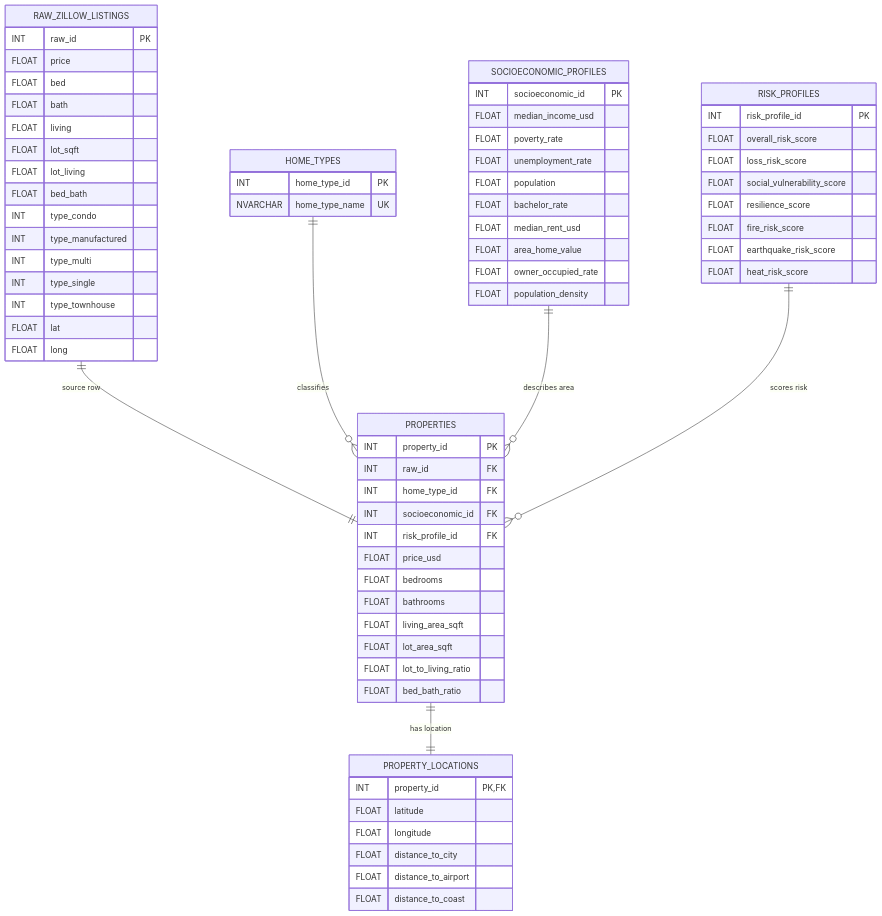
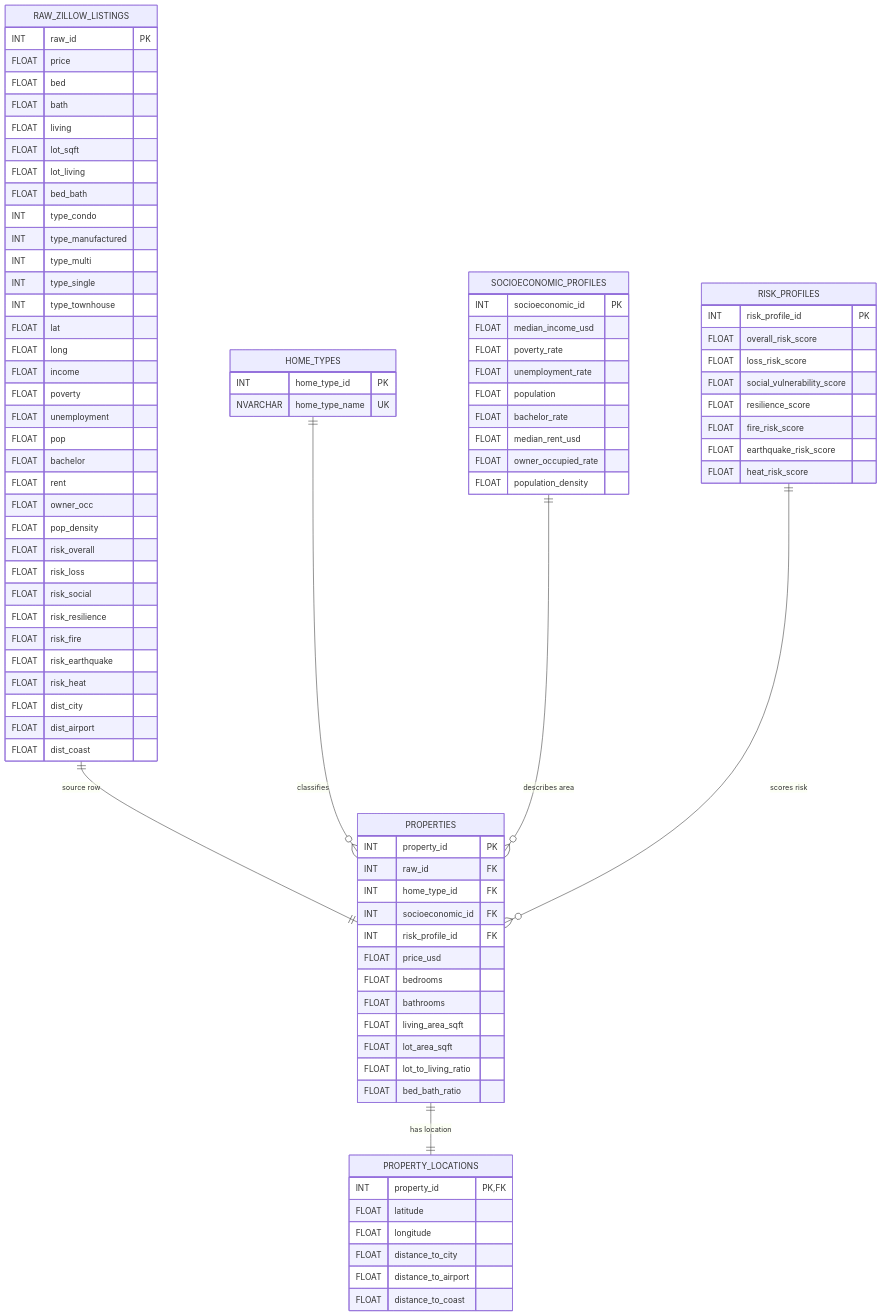
Before and after one commit to tuanldda06/ady201m: the diagram in database/README.md, drawn with Mermaid. The commit also changed other lines of this file and 27 other files, not shown here.

```diff
--- a/database/README.md
+++ b/database/README.md
@@ -73,6 +70,24 @@
         INT type_townhouse
         FLOAT lat
         FLOAT long
+        FLOAT income
+        FLOAT poverty
+        FLOAT unemployment
+        FLOAT pop
+        FLOAT bachelor
+        FLOAT rent
+        FLOAT owner_occ
+        FLOAT pop_density
+        FLOAT risk_overall
+        FLOAT risk_loss
+        FLOAT risk_social
+        FLOAT risk_resilience
+        FLOAT risk_fire
+        FLOAT risk_earthquake
+        FLOAT risk_heat
+        FLOAT dist_city
+        FLOAT dist_airport
+        FLOAT dist_coast
     }
 
     HOME_TYPES {
@@ -88,7 +103,6 @@
         FLOAT population
         FLOAT bachelor_rate
         FLOAT median_rent_usd
-        FLOAT area_home_value
         FLOAT owner_occupied_rate
         FLOAT population_density
     }
```
